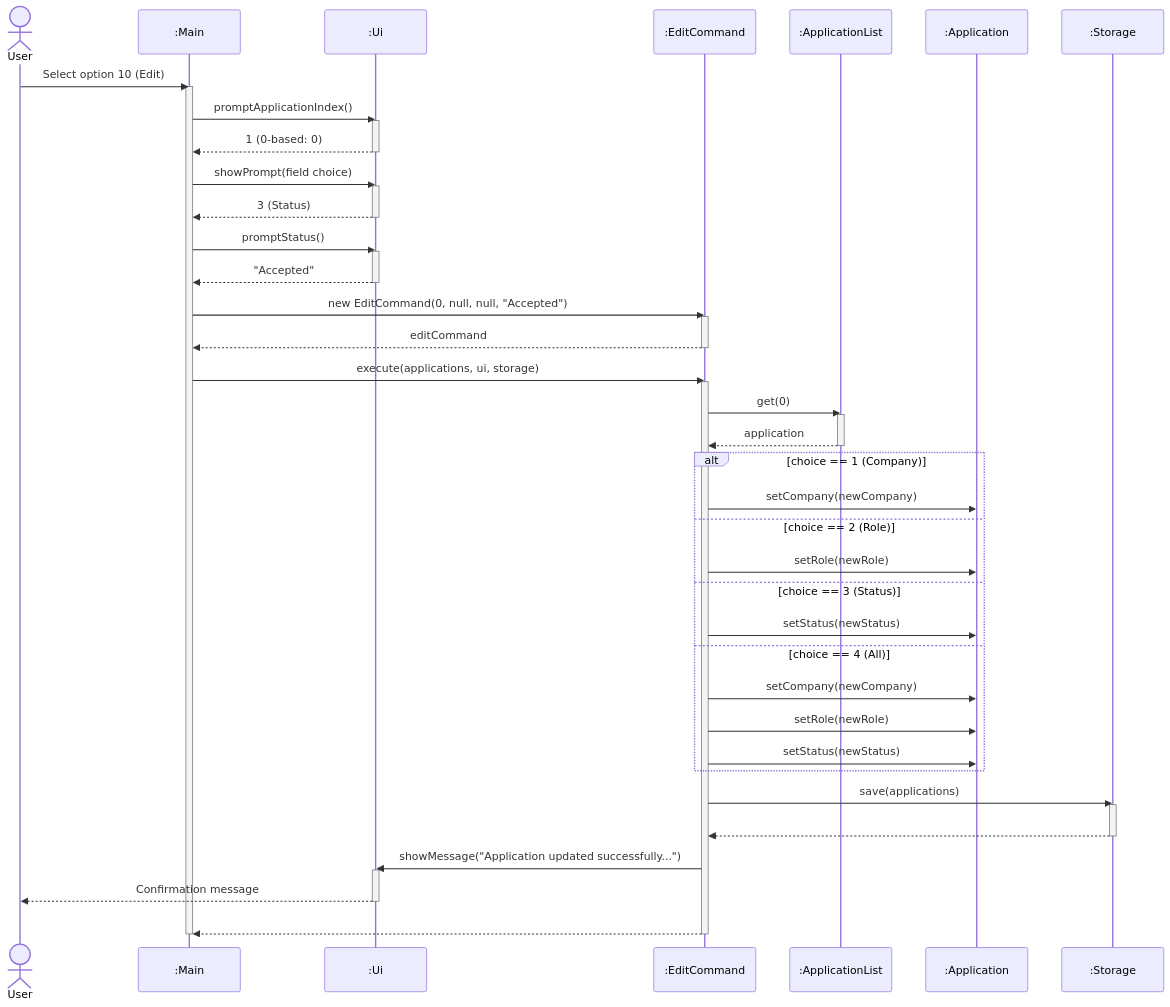
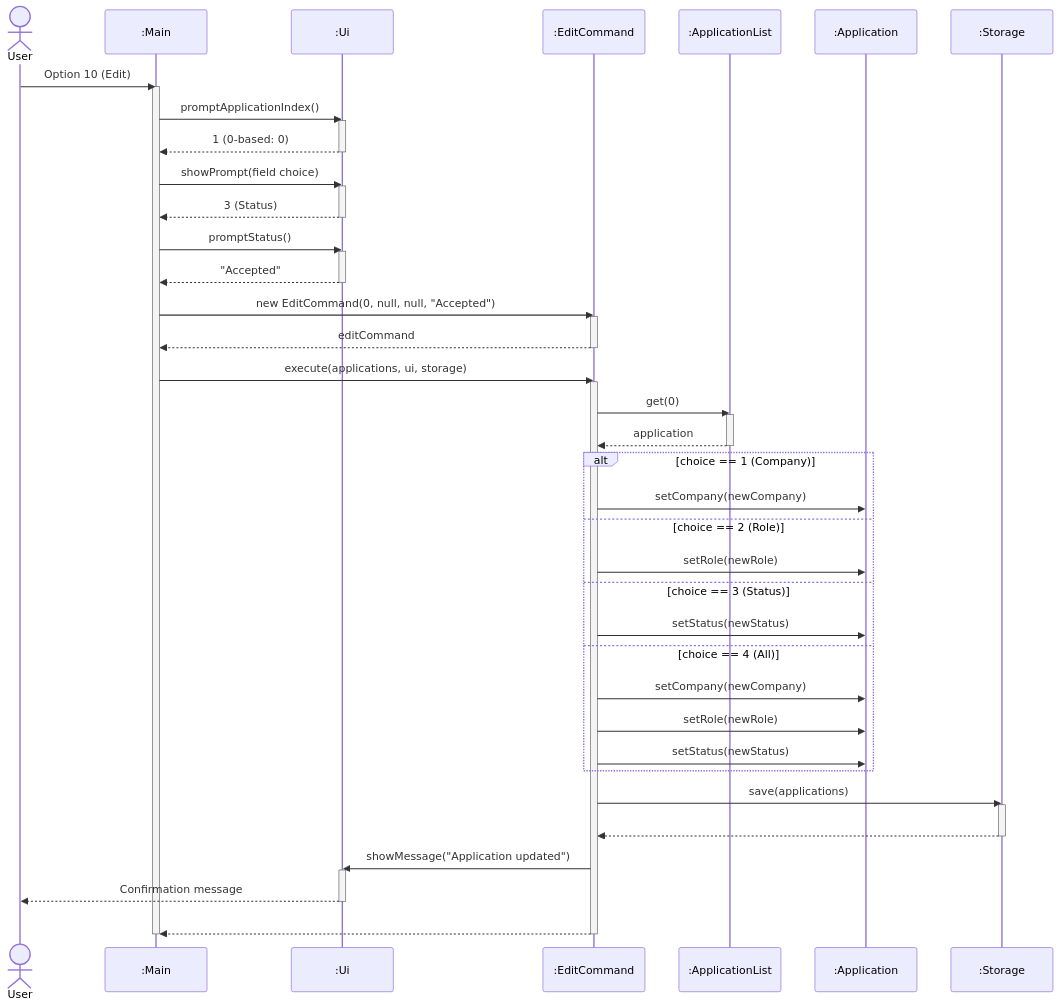
Before and after one commit to AY2627S1-CS2113-T10-2/tp: diagram 14 of 22 in docs/DeveloperGuide.md, drawn with Mermaid. The commit also changed other lines of this file, not shown here.

First line of the commit message:
docs: standardize architecture diagram design and add manual testing output examples

````diff
--- a/docs/DeveloperGuide.md
+++ b/docs/DeveloperGuide.md
@@ -792,63 +786,63 @@
 ```mermaid
 ---
 config:
   themeCSS: ".actor-line { stroke-dasharray: 4, 4 !important; } line.loopLine:not([style*='stroke-dasharray']) { stroke-dasharray: none !important; }"
 ---
 sequenceDiagram
     actor user as User
     participant main as :Main
     participant ui as :Ui
     participant cmd as :EditCommand
     participant list as :ApplicationList
     participant app as :Application
     participant storage as :Storage
 
-    user->>main: Select option 10 (Edit)
+    user->>main: Option 10 (Edit)
     activate main
     main->>ui: promptApplicationIndex()
     activate ui
     ui-->>main: 1 (0-based: 0)
     deactivate ui
     main->>ui: showPrompt(field choice)
     activate ui
     ui-->>main: 3 (Status)
     deactivate ui
     main->>ui: promptStatus()
     activate ui
     ui-->>main: "Accepted"
     deactivate ui
     main->>cmd: new EditCommand(0, null, null, "Accepted")
     activate cmd
     cmd-->>main: editCommand
     deactivate cmd
     main->>cmd: execute(applications, ui, storage)
     activate cmd
     cmd->>list: get(0)
     activate list
     list-->>cmd: application
     deactivate list
 
     alt choice == 1 (Company)
         cmd->>app: setCompany(newCompany)
     else choice == 2 (Role)
         cmd->>app: setRole(newRole)
     else choice == 3 (Status)
         cmd->>app: setStatus(newStatus)
     else choice == 4 (All)
         cmd->>app: setCompany(newCompany)
         cmd->>app: setRole(newRole)
         cmd->>app: setStatus(newStatus)
     end
 
     cmd->>storage: save(applications)
     activate storage
     storage-->>cmd: ​
     deactivate storage
-    cmd->>ui: showMessage("Application updated successfully...")
+    cmd->>ui: showMessage("Application updated")
     activate ui
     ui-->>user: Confirmation message
     deactivate ui
     cmd-->>main: ​
     deactivate cmd
     deactivate main
 ```
````
